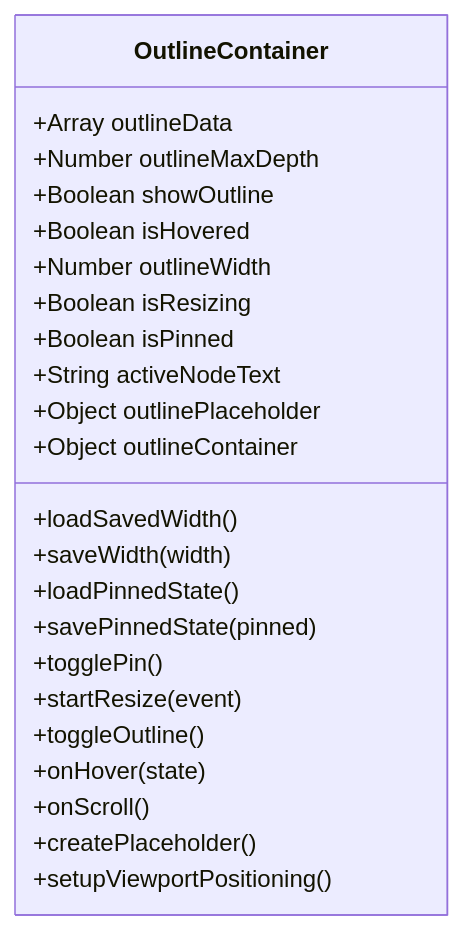
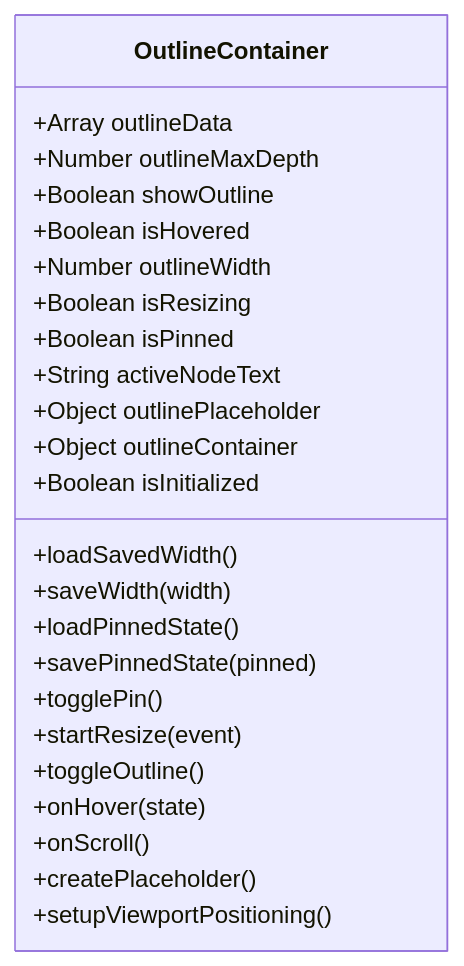
The third of 10 diagrams in .qoder/repowiki/zh/content/Outline System.md (terwer/siyuan-plugin-blog), drawn with Mermaid before and after one commit. The commit also changed other lines of this file and 3 other files, not shown here.

````diff
--- a/.qoder/repowiki/zh/content/Outline System.md
+++ b/.qoder/repowiki/zh/content/Outline System.md
@@ -157,26 +155,27 @@
 ```mermaid
 classDiagram
 class OutlineContainer {
 +Array outlineData
 +Number outlineMaxDepth
 +Boolean showOutline
 +Boolean isHovered
 +Number outlineWidth
 +Boolean isResizing
 +Boolean isPinned
 +String activeNodeText
 +Object outlinePlaceholder
 +Object outlineContainer
++Boolean isInitialized
 +loadSavedWidth()
 +saveWidth(width)
 +loadPinnedState()
 +savePinnedState(pinned)
 +togglePin()
 +startResize(event)
 +toggleOutline()
 +onHover(state)
 +onScroll()
 +createPlaceholder()
 +setupViewportPositioning()
 }
 ```
````
